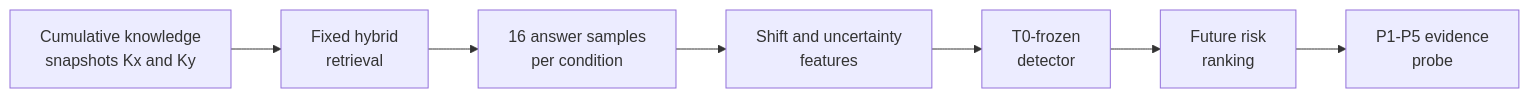
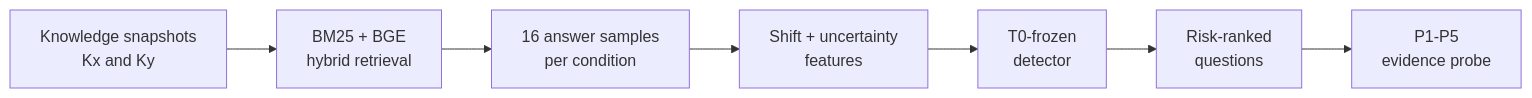
One commit to yoon-chan-hyeok/temporal-rag-drift changed the diagram in README.md. Above: the diagram before and after it, drawn with Mermaid. The commit also changed other lines of this file, not shown here.

````diff
--- a/README.md
+++ b/README.md
@@ -81,9 +24,9 @@
-```mermaid
+~~~mermaid
 flowchart LR
-    A["Cumulative knowledge<br/>snapshots Kx and Ky"] --> B["Fixed hybrid<br/>retrieval"]
+    A["Knowledge snapshots<br/>Kx and Ky"] --> B["BM25 + BGE<br/>hybrid retrieval"]
     B --> C["16 answer samples<br/>per condition"]
-    C --> D["Shift and uncertainty<br/>features"]
+    C --> D["Shift + uncertainty<br/>features"]
     D --> E["T0-frozen<br/>detector"]
-    E --> F["Future risk<br/>ranking"]
-    F --> G["P1-P5 evidence<br/>probe"]
-```
+    E --> F["Risk-ranked<br/>questions"]
+    F --> G["P1-P5<br/>evidence probe"]
+~~~
````
